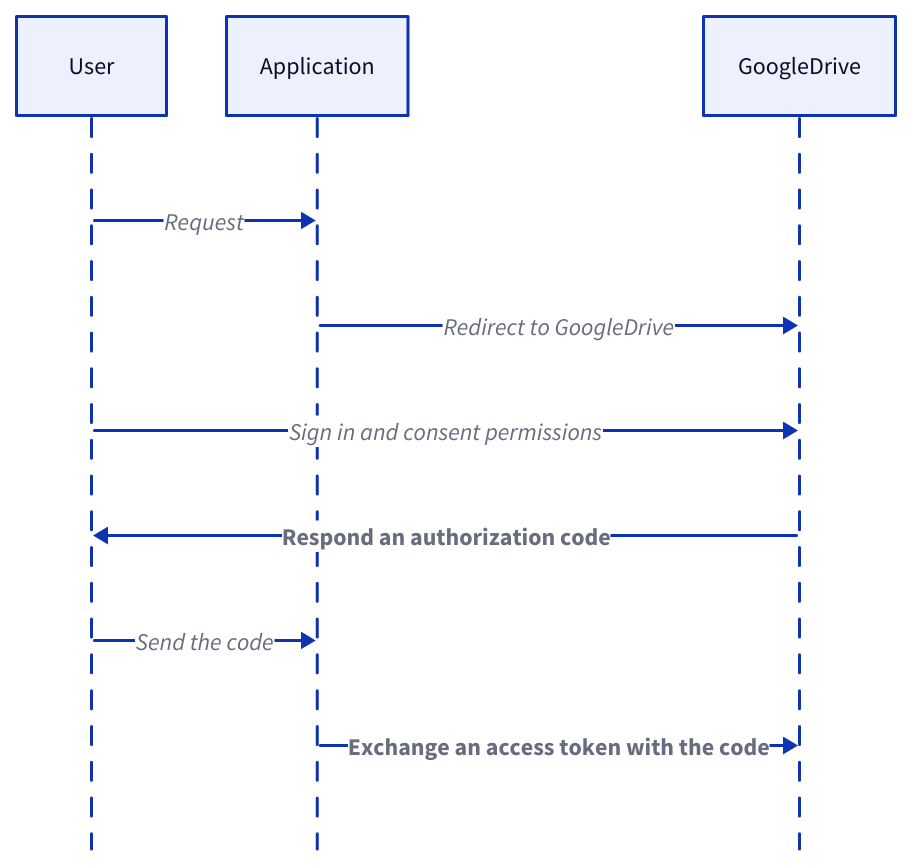
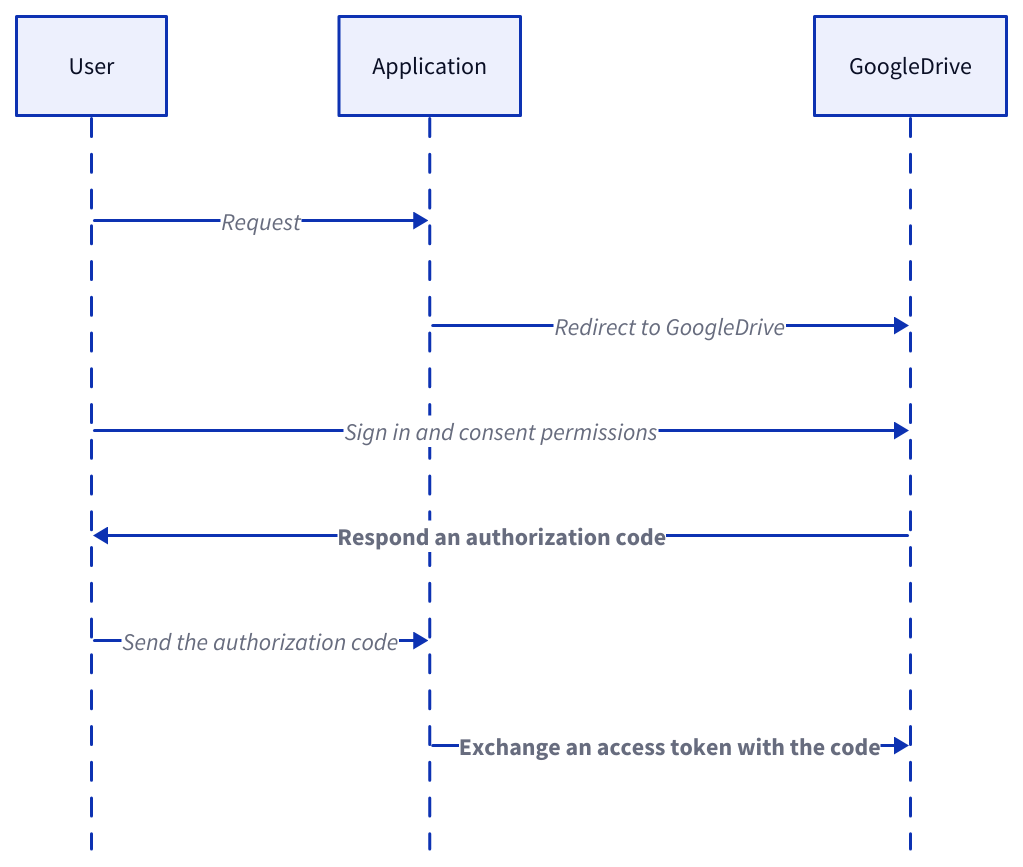
Before and after one commit to link1905/system-design-101: diagram 23 of 26 in content/docs/system-administration/system-protection/iam.md, drawn with D2. The commit also changed other lines of this file and 49 other files, not shown here.

````diff
--- a/content/docs/system-administration/system-protection/iam.md
+++ b/content/docs/system-administration/system-protection/iam.md
@@ -883,22 +857,22 @@
 ```d2
 shape: sequence_diagram
 u: User {
   class: client
 }
 s: Application {
   class: server
 }
 g: GoogleDrive {
   class: google
 }
 u -> s: Request
 s -> g: Redirect to GoogleDrive
 u -> g: Sign in and consent permissions
 g -> u: Respond an authorization code {
   style.bold: true
 }
-u -> s: Send the code
+u -> s: Send the authorization code
 s -> g: Exchange an access token with the code {
   style.bold: true
 }
 ```
````
